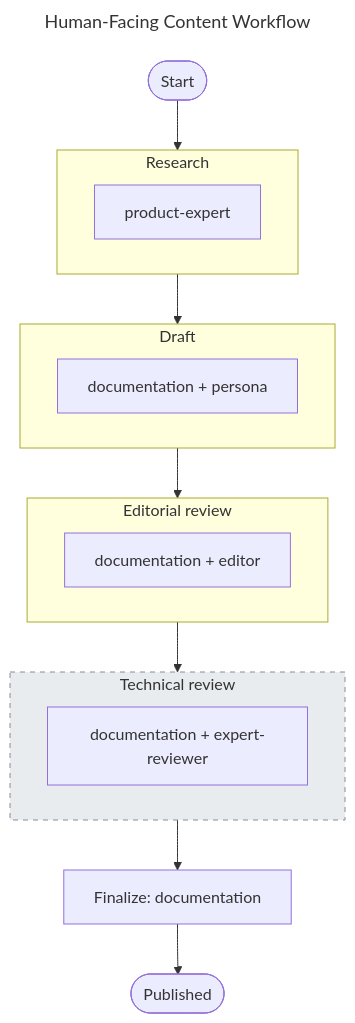
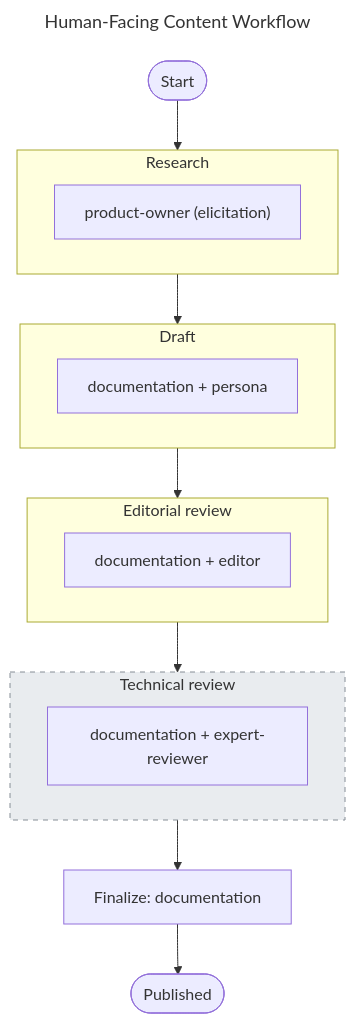
One commit to Schmoiger/start-here changed the third of 3 diagrams in context/docs/agentic-framework-reference.md. Above: the diagram before and after it, drawn with Mermaid. The commit also changed other lines of this file and 13 other files, not shown here.

First line of the commit message:
refactor(agents): merge product-expert into product-owner

````diff
--- a/context/docs/agentic-framework-reference.md
+++ b/context/docs/agentic-framework-reference.md
@@ -779,37 +777,37 @@
 ```mermaid
 ---
 title: Human-Facing Content Workflow
 ---
 flowchart TD
     start([Start]) --> research
 
     subgraph research["Research"]
-        pe["product-expert"]
+        pe["product-owner (elicitation)"]
     end
 
     research --> draft
 
     subgraph draft["Draft"]
         d1["documentation + persona"]
     end
 
     draft --> review
 
     subgraph review["Editorial review"]
         d2["documentation + editor"]
     end
 
     review --> tech_review
 
     subgraph tech_review["Technical review"]
         d3["documentation + expert-reviewer"]
     end
 
     tech_review --> fin["Finalize: documentation"]
 
     fin --> finish([Published])
 
     classDef optionalStyle fill:#e9ecef,stroke:#868e96,stroke-dasharray: 5 5
 
     class tech_review optionalStyle
 ```
````
